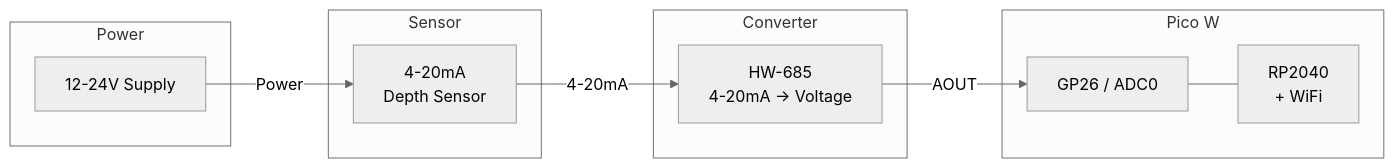
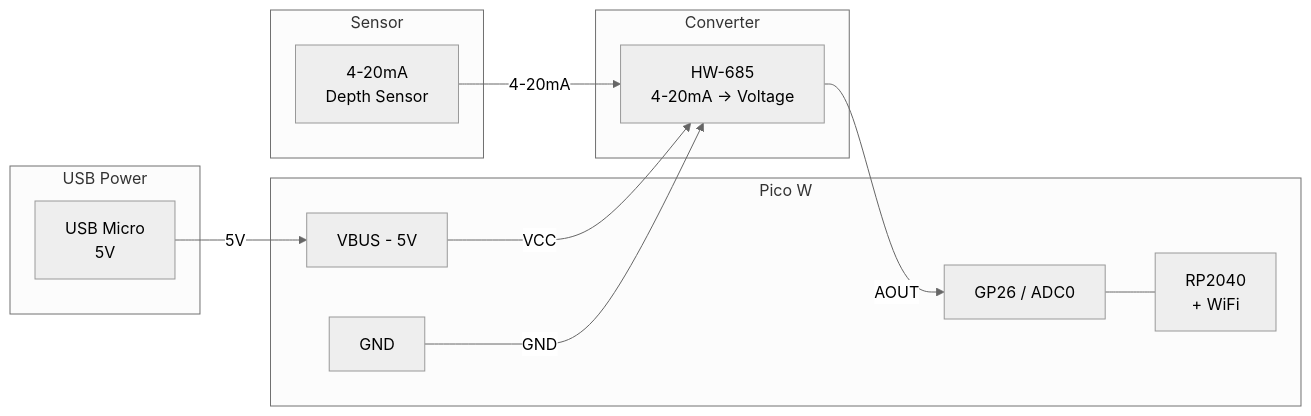
The diagram in README.md (bosmun0224/cistern), drawn with Mermaid (neutral theme) before and after one commit. The commit also changed other lines of this file, not shown here.

Commit message:
Update README.md to clarify power supply and wiring for Pico W and HW-685

````diff
--- a/README.md
+++ b/README.md
@@ -16,24 +16,28 @@
 ```mermaid
 graph LR
-    subgraph Power
-        PS[12-24V Supply]
+    subgraph USB Power
+        USB[USB Micro<br>5V]
+    end
+
+    subgraph Pico W
+        VBUS[VBUS - 5V]
+        ADC0[GP26 / ADC0]
+        GND1[GND]
+        MCU[RP2040<br>+ WiFi]
+    end
+
+    subgraph Converter
+        HW[HW-685<br>4-20mA → Voltage]
     end
 
     subgraph Sensor
         DS[4-20mA<br>Depth Sensor]
     end
 
-    subgraph Converter
-        HW[HW-685<br>4-20mA → Voltage]
-    end
-
-    subgraph Pico W
-        ADC0[GP26 / ADC0]
-        MCU[RP2040<br>+ WiFi]
-    end
-
-    PS -->|Power| DS
+    USB -->|5V| VBUS
+    VBUS -->|VCC| HW
+    GND1 -->|GND| HW
     DS -->|4-20mA| HW
     HW -->|AOUT| ADC0
     ADC0 --- MCU
 ```
````
